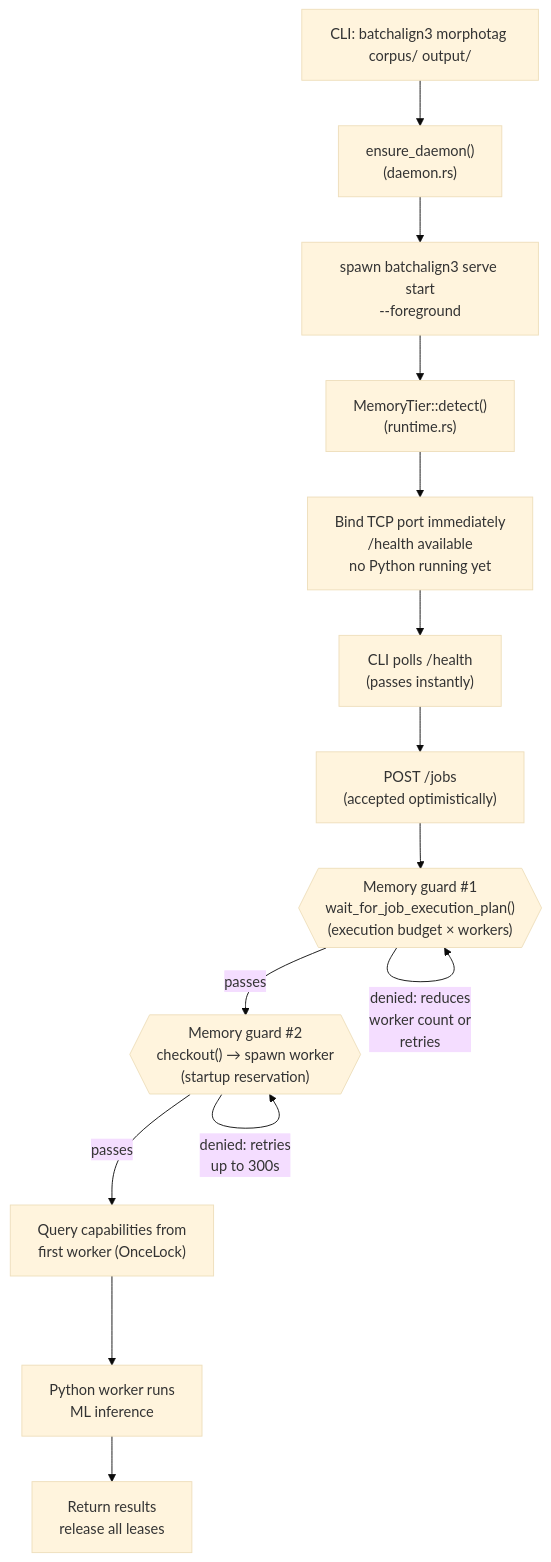
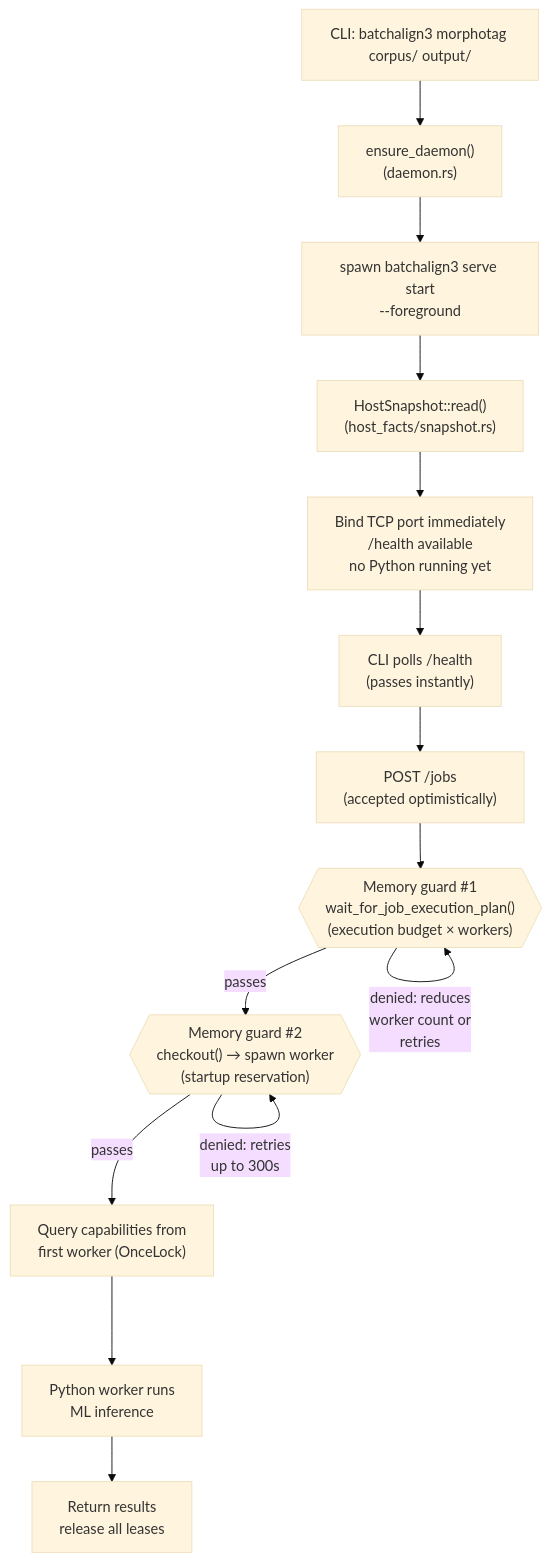
One commit to FranklinChen/talkbank-tools changed the fifth of 7 diagrams in book/src/architecture/runtime/batchalign-workers.md. Above: the diagram before and after it, drawn with Mermaid (base theme). The commit also changed other lines of this file and 265 other files, not shown here.

````diff
--- a/book/src/architecture/runtime/batchalign-workers.md
+++ b/book/src/architecture/runtime/batchalign-workers.md
@@ -239,29 +242,29 @@
 ```mermaid
 flowchart TD
     start["CLI: batchalign3 morphotag corpus/ output/"]
     daemon["ensure_daemon()\n(daemon.rs)"]
     spawn_server["spawn batchalign3 serve start\n--foreground"]
-    tier_detect["MemoryTier::detect()\n(runtime.rs)"]
+    tier_detect["HostSnapshot::read()\n(host_facts/snapshot.rs)"]
     bind["Bind TCP port immediately\n/health available\nno Python running yet"]
     health_poll["CLI polls /health\n(passes instantly)"]
     job_submit["POST /jobs\n(accepted optimistically)"]
     job_plan{{"Memory guard #1\nwait_for_job_execution_plan()\n(execution budget × workers)"}}
     worker_spawn{{"Memory guard #2\ncheckout() → spawn worker\n(startup reservation)"}}
     caps_detect["Query capabilities from\nfirst worker (OnceLock)"]
     inference["Python worker runs\nML inference"]
     result["Return results\nrelease all leases"]
 
     start --> daemon
     daemon --> spawn_server
     spawn_server --> tier_detect
     tier_detect --> bind
     bind --> health_poll
     health_poll --> job_submit
     job_submit --> job_plan
     job_plan -->|"passes"| worker_spawn
     job_plan -->|"denied: reduces\nworker count or\nretries"| job_plan
     worker_spawn -->|"passes"| caps_detect
     worker_spawn -->|"denied: retries\nup to 300s"| worker_spawn
     caps_detect --> inference
     inference --> result
 ```
````
